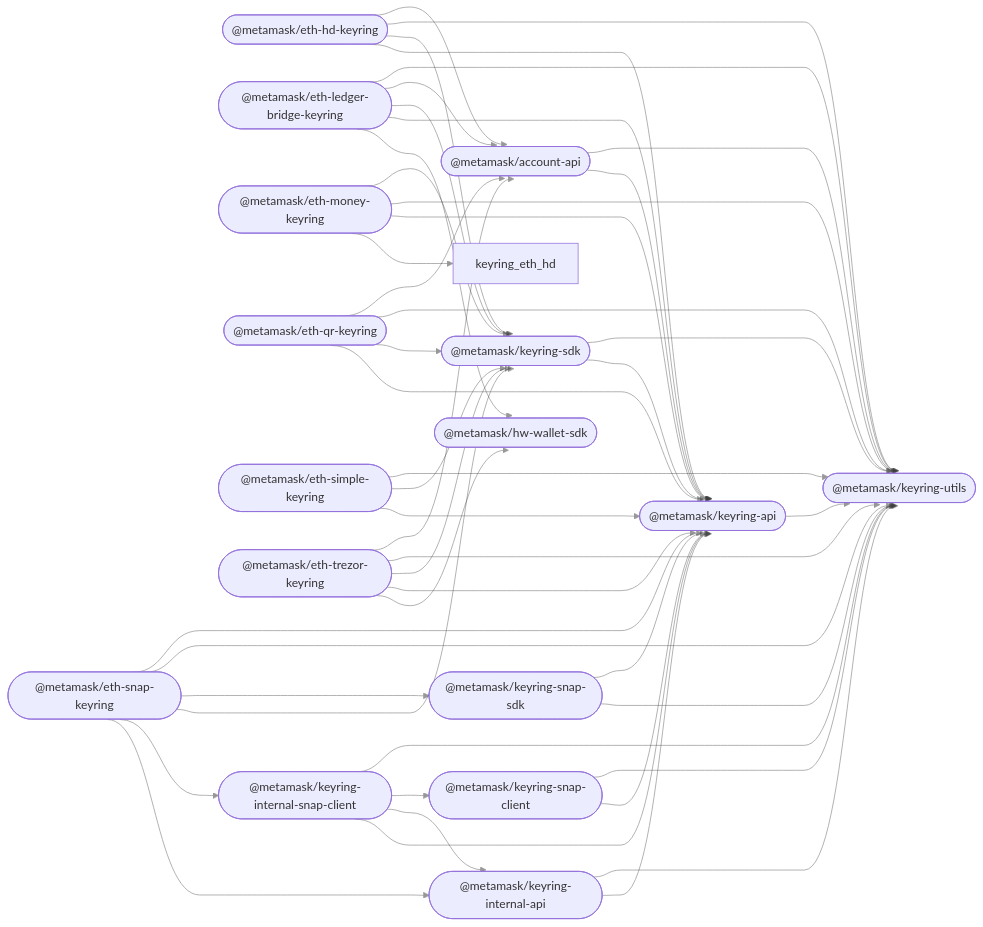
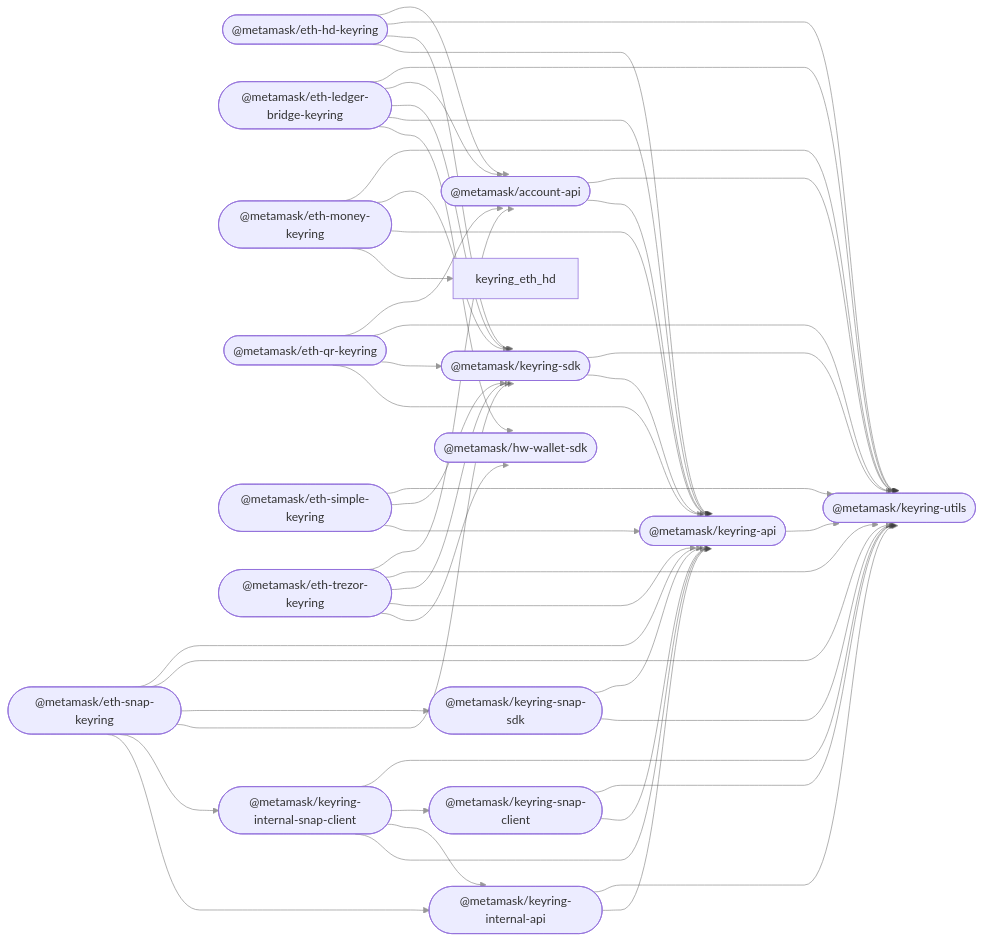
The diagram in README.md (MetaMask/accounts), drawn with Mermaid before and after one commit. The commit also changed other lines of this file, not shown here.

````diff
--- a/README.md
+++ b/README.md
@@ -44,67 +44,67 @@
 ```mermaid
 %%{ init: { 'flowchart': { 'curve': 'bumpX' } } }%%
 graph LR;
 linkStyle default opacity:0.5
   account_api(["@metamask/account-api"]);
   hw_wallet_sdk(["@metamask/hw-wallet-sdk"]);
   keyring_api(["@metamask/keyring-api"]);
   eth_hd_keyring(["@metamask/eth-hd-keyring"]);
   eth_ledger_bridge_keyring(["@metamask/eth-ledger-bridge-keyring"]);
   eth_money_keyring(["@metamask/eth-money-keyring"]);
   eth_qr_keyring(["@metamask/eth-qr-keyring"]);
   eth_simple_keyring(["@metamask/eth-simple-keyring"]);
   eth_trezor_keyring(["@metamask/eth-trezor-keyring"]);
   keyring_internal_api(["@metamask/keyring-internal-api"]);
   keyring_internal_snap_client(["@metamask/keyring-internal-snap-client"]);
   keyring_sdk(["@metamask/keyring-sdk"]);
   eth_snap_keyring(["@metamask/eth-snap-keyring"]);
   keyring_snap_client(["@metamask/keyring-snap-client"]);
   keyring_snap_sdk(["@metamask/keyring-snap-sdk"]);
   keyring_utils(["@metamask/keyring-utils"]);
   account_api --> keyring_api;
   account_api --> keyring_utils;
   keyring_api --> keyring_utils;
   eth_hd_keyring --> keyring_api;
   eth_hd_keyring --> keyring_sdk;
   eth_hd_keyring --> keyring_utils;
   eth_hd_keyring --> account_api;
   eth_ledger_bridge_keyring --> hw_wallet_sdk;
   eth_ledger_bridge_keyring --> keyring_api;
   eth_ledger_bridge_keyring --> keyring_sdk;
   eth_ledger_bridge_keyring --> account_api;
   eth_ledger_bridge_keyring --> keyring_utils;
   eth_money_keyring --> keyring_eth_hd;
   eth_money_keyring --> keyring_api;
+  eth_money_keyring --> keyring_sdk;
   eth_money_keyring --> keyring_utils;
-  eth_money_keyring --> keyring_sdk;
   eth_qr_keyring --> keyring_api;
   eth_qr_keyring --> keyring_sdk;
   eth_qr_keyring --> keyring_utils;
   eth_qr_keyring --> account_api;
   eth_simple_keyring --> keyring_api;
   eth_simple_keyring --> keyring_sdk;
   eth_simple_keyring --> keyring_utils;
   eth_trezor_keyring --> hw_wallet_sdk;
   eth_trezor_keyring --> keyring_api;
   eth_trezor_keyring --> keyring_sdk;
   eth_trezor_keyring --> keyring_utils;
   eth_trezor_keyring --> account_api;
   keyring_internal_api --> keyring_api;
   keyring_internal_api --> keyring_utils;
   keyring_internal_snap_client --> keyring_api;
   keyring_internal_snap_client --> keyring_internal_api;
   keyring_internal_snap_client --> keyring_snap_client;
   keyring_internal_snap_client --> keyring_utils;
   keyring_sdk --> keyring_api;
   keyring_sdk --> keyring_utils;
   eth_snap_keyring --> keyring_internal_api;
   eth_snap_keyring --> keyring_internal_snap_client;
   eth_snap_keyring --> keyring_sdk;
   eth_snap_keyring --> keyring_snap_sdk;
   eth_snap_keyring --> keyring_utils;
   eth_snap_keyring --> keyring_api;
   keyring_snap_client --> keyring_api;
   keyring_snap_client --> keyring_utils;
   keyring_snap_sdk --> keyring_utils;
   keyring_snap_sdk --> keyring_api;
 ```
````
